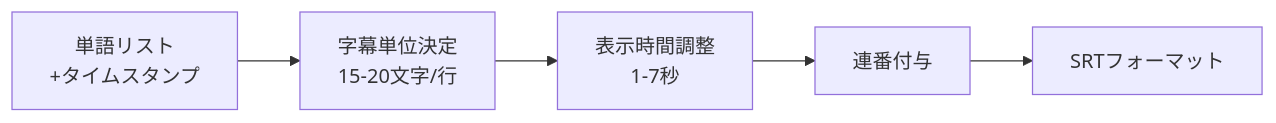
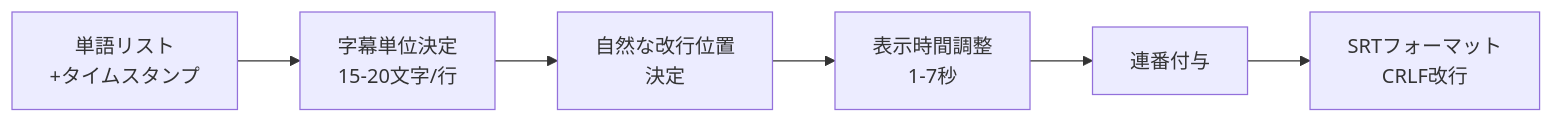
One commit to Coidemo/TextffCut changed diagram 14 of 29 in docs/basic_design_specification_v2.md. Above: the diagram before and after it, drawn with Mermaid. The commit also changed other lines of this file and 1 other file, not shown here.

````diff
--- a/docs/basic_design_specification_v2.md
+++ b/docs/basic_design_specification_v2.md
@@ -425,7 +425,8 @@
 ```mermaid
 flowchart LR
     A[単語リスト<br/>+タイムスタンプ] --> B[字幕単位決定<br/>15-20文字/行]
-    B --> C[表示時間調整<br/>1-7秒]
-    C --> D[連番付与]
-    D --> E[SRTフォーマット]
+    B --> C[自然な改行位置<br/>決定]
+    C --> D[表示時間調整<br/>1-7秒]
+    D --> E[連番付与]
+    E --> F[SRTフォーマット<br/>CRLF改行]
 ```
````
